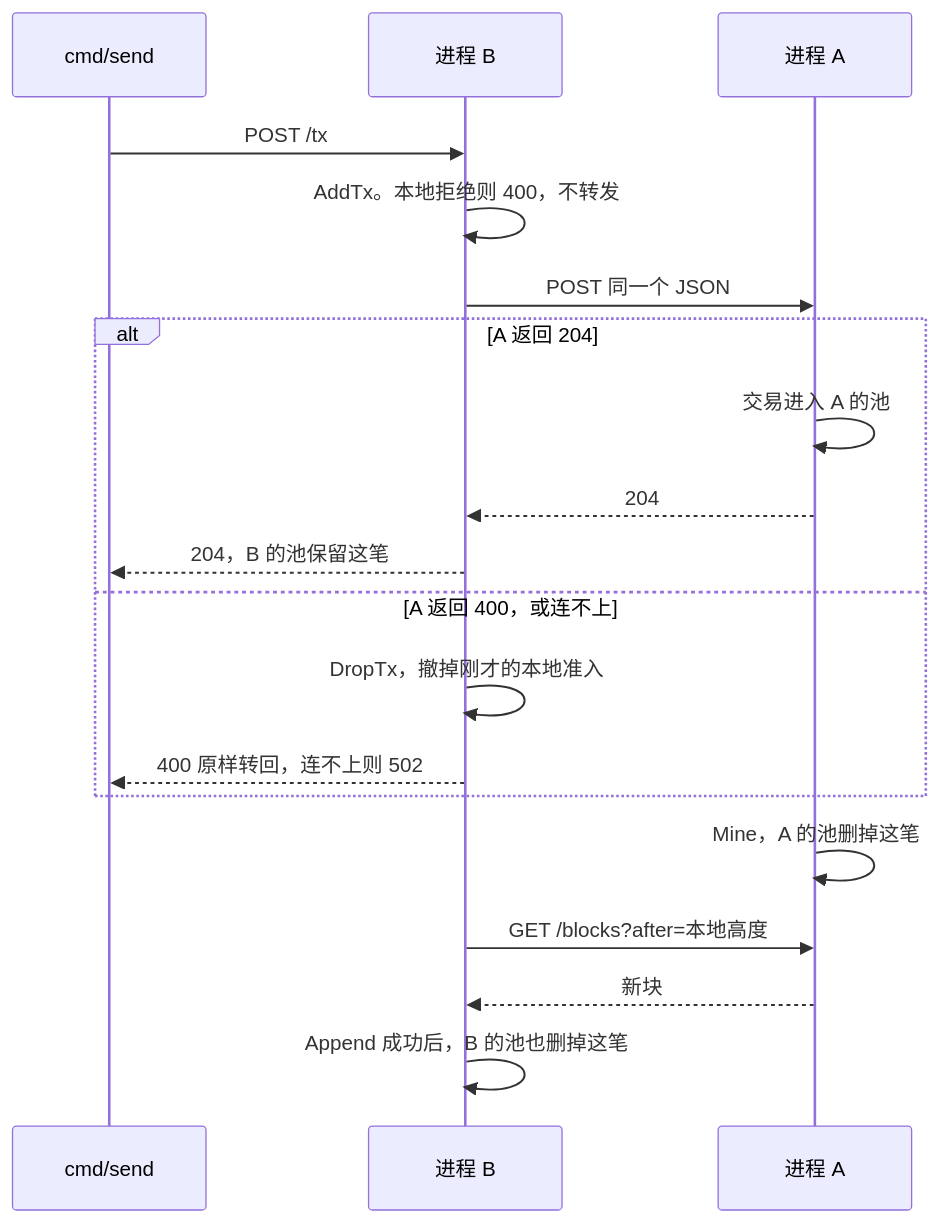
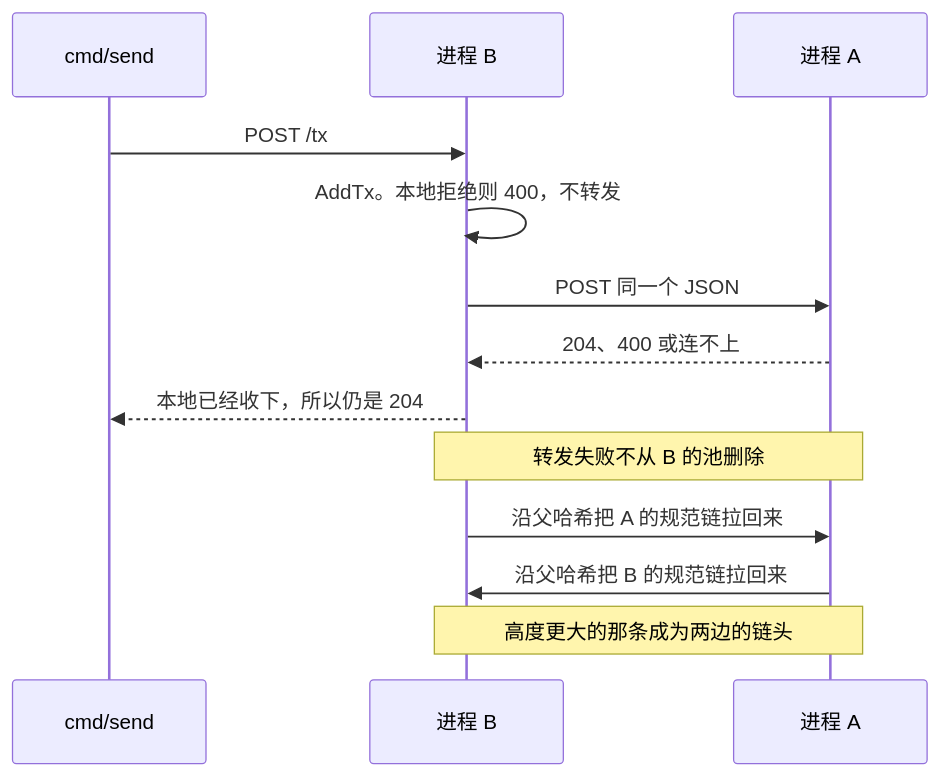
Before and after one commit to slmthydesp/minichain: the fifth of 5 diagrams in docs/learning-guide.md, drawn with Mermaid. The commit also changed other lines of this file and 1 other file, not shown here.

````diff
--- a/docs/learning-guide.md
+++ b/docs/learning-guide.md
@@ -198,22 +204,16 @@
 ```mermaid
 sequenceDiagram
   participant U as cmd/send
   participant B as 进程 B
   participant A as 进程 A
 
   U->>B: POST /tx
   B->>B: AddTx。本地拒绝则 400，不转发
   B->>A: POST 同一个 JSON
-  alt A 返回 204
-    A->>A: 交易进入 A 的池
-    A-->>B: 204
-    B-->>U: 204，B 的池保留这笔
-  else A 返回 400，或连不上
-    B->>B: DropTx，撤掉刚才的本地准入
-    B-->>U: 400 原样转回，连不上则 502
-  end
-  A->>A: Mine，A 的池删掉这笔
-  B->>A: GET /blocks?after=本地高度
-  A-->>B: 新块
-  B->>B: Append 成功后，B 的池也删掉这笔
+  A-->>B: 204、400 或连不上
+  B-->>U: 本地已经收下，所以仍是 204
+  Note over A,B: 转发失败不从 B 的池删除
+  B->>A: 沿父哈希把 A 的规范链拉回来
+  A->>B: 沿父哈希把 B 的规范链拉回来
+  Note over A,B: 高度更大的那条成为两边的链头
 ```
````
